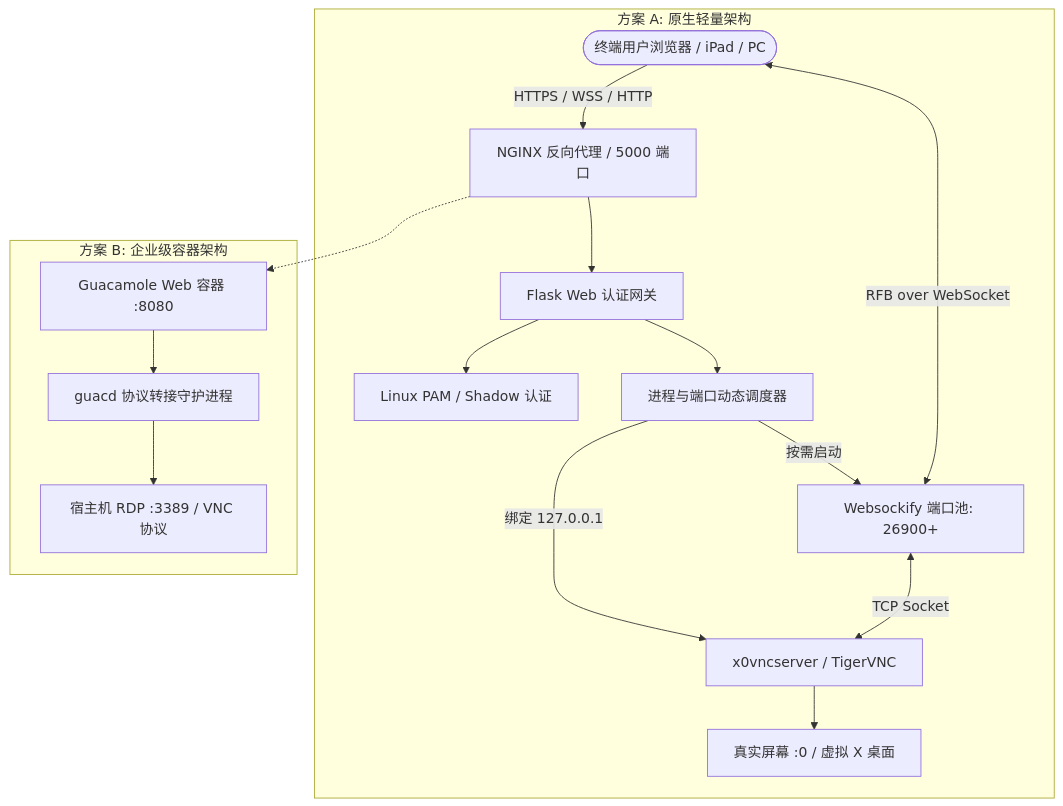
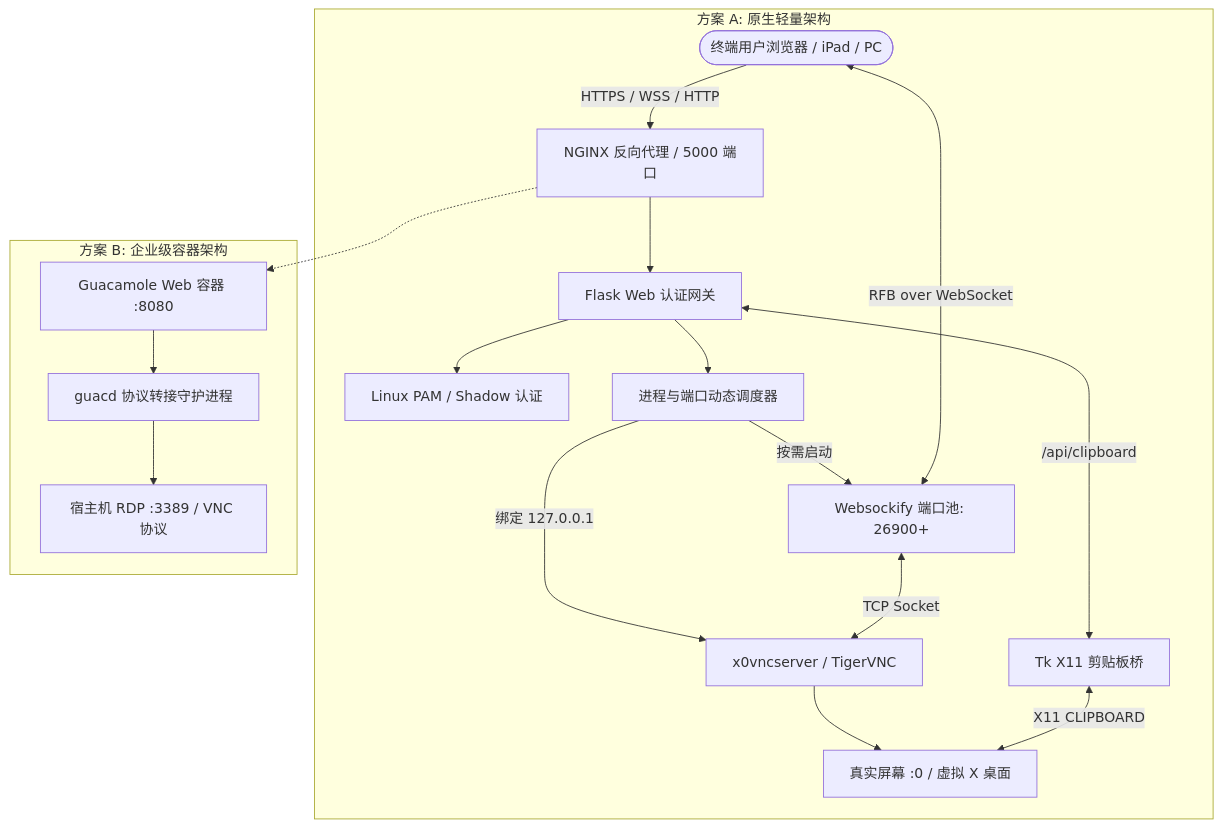
One commit to Malinra/view_desk changed the diagram in README.md. Above: the diagram before and after it, drawn with Mermaid. The commit also changed other lines of this file and 9 other files, not shown here.

````diff
--- a/README.md
+++ b/README.md
@@ -28,21 +29,23 @@
 ```mermaid
 flowchart TD
     User([终端用户浏览器 / iPad / PC]) -->|HTTPS / WSS / HTTP| Proxy[NGINX 反向代理 / 5000 端口]
 
     subgraph Native Architecture [方案 A: 原生轻量架构]
         Proxy --> Flask[Flask Web 认证网关]
         Flask --> PAM[Linux PAM / Shadow 认证]
         Flask --> ProcMgr[进程与端口动态调度器]
         ProcMgr -->|按需启动| WS[Websockify 端口池: 26900+]
         ProcMgr -->|绑定 127.0.0.1| VNC[x0vncserver / TigerVNC]
         VNC --> RealDesk[真实屏幕 :0 / 虚拟 X 桌面]
         WS <-->|RFB over WebSocket| User
         WS <-->|TCP Socket| VNC
+        Flask <-->|/api/clipboard| ClipBridge[Tk X11 剪贴板桥]
+        ClipBridge <-->|X11 CLIPBOARD| RealDesk
     end
 
     subgraph Guacamole Architecture [方案 B: 企业级容器架构]
         Proxy -.-> GuacWeb[Guacamole Web 容器 :8080]
         GuacWeb --> Guacd[guacd 协议转接守护进程]
         Guacd --> RDP[宿主机 RDP :3389 / VNC 协议]
     end
 ```
````
